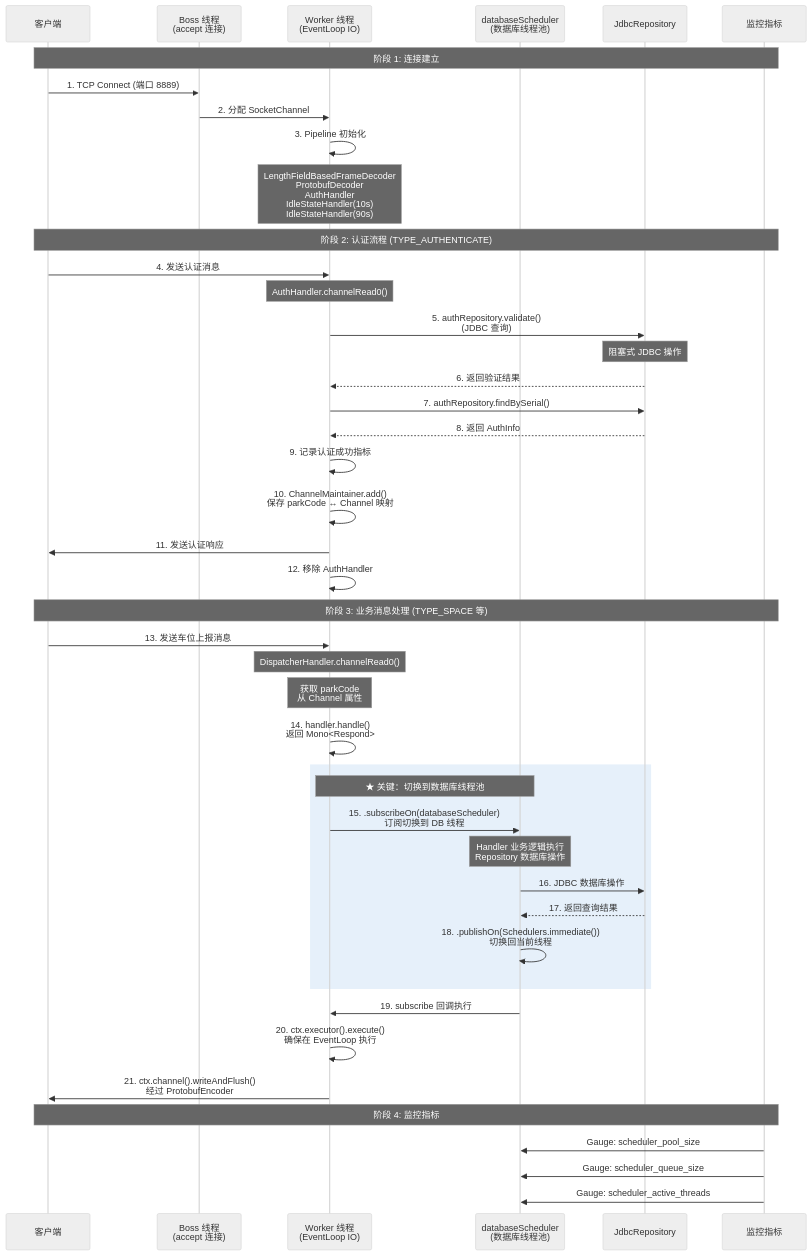
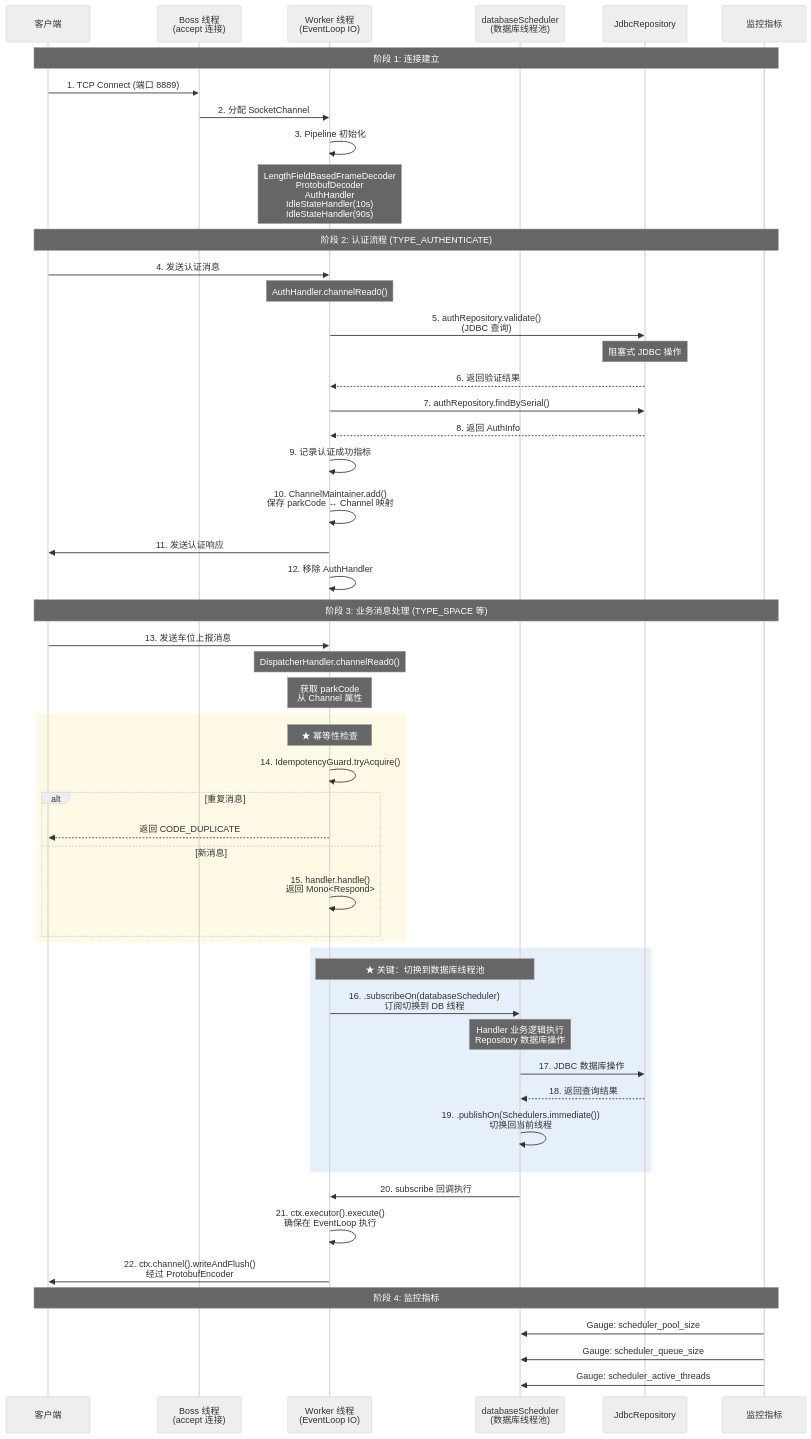
Before and after one commit to yys-jack/parking-netty-framework: the diagram in README.md, drawn with Mermaid (neutral theme). The commit also changed other lines of this file, not shown here.

Commit message:
docs: 更新 README 线程池架构章节
- 序列图添加幂等性检查流程
- 关键线程切换点添加幂等性检查
- 新增过载保护说明

````diff
--- a/README.md
+++ b/README.md
@@ -441,52 +453,60 @@
 ```mermaid
 sequenceDiagram
     participant Client as 客户端
     participant Boss as Boss 线程<br/>(accept 连接)
     participant Worker as Worker 线程<br/>(EventLoop IO)
     participant DB as databaseScheduler<br/>(数据库线程池)
     participant DBRepo as JdbcRepository
     participant Micrometer as 监控指标
 
     Note over Client,Micrometer: 阶段 1: 连接建立
     Client->>Boss: 1. TCP Connect (端口 8889)
     Boss->>Worker: 2. 分配 SocketChannel
     Worker->>Worker: 3. Pipeline 初始化
     Note over Worker: LengthFieldBasedFrameDecoder<br/>ProtobufDecoder<br/>AuthHandler<br/>IdleStateHandler(10s)<br/>IdleStateHandler(90s)
 
     Note over Client,Micrometer: 阶段 2: 认证流程 (TYPE_AUTHENTICATE)
     Client->>Worker: 4. 发送认证消息
     Note over Worker: AuthHandler.channelRead0()
     Worker->>DBRepo: 5. authRepository.validate()<br/>(JDBC 查询)
     Note over DBRepo: 阻塞式 JDBC 操作
     DBRepo-->>Worker: 6. 返回验证结果
     Worker->>DBRepo: 7. authRepository.findBySerial()
     DBRepo-->>Worker: 8. 返回 AuthInfo
     Worker->>Worker: 9. 记录认证成功指标
     Worker->>Worker: 10. ChannelMaintainer.add()<br/>保存 parkCode ↔ Channel 映射
     Worker->>Client: 11. 发送认证响应
     Worker->>Worker: 12. 移除 AuthHandler
 
     Note over Client,Micrometer: 阶段 3: 业务消息处理 (TYPE_SPACE 等)
     Client->>Worker: 13. 发送车位上报消息
     Note over Worker: DispatcherHandler.channelRead0()
     Note over Worker: 获取 parkCode<br/>从 Channel 属性
-    Worker->>Worker: 14. handler.handle()<br/>返回 Mono<Respond>
+    rect rgb(255, 250, 230)
+        Note over Worker: ★ 幂等性检查
+        Worker->>Worker: 14. IdempotencyGuard.tryAcquire()
+        alt 重复消息
+            Worker-->>Client: 返回 CODE_DUPLICATE
+        else 新消息
+            Worker->>Worker: 15. handler.handle()<br/>返回 Mono<Respond>
+        end
+    end
     
     rect rgb(230, 240, 250)
         Note over Worker,DB: ★ 关键：切换到数据库线程池
-        Worker->>DB: 15. .subscribeOn(databaseScheduler)<br/>订阅切换到 DB 线程
+        Worker->>DB: 16. .subscribeOn(databaseScheduler)<br/>订阅切换到 DB 线程
         Note over DB: Handler 业务逻辑执行<br/>Repository 数据库操作
-        DB->>DBRepo: 16. JDBC 数据库操作
-        DBRepo-->>DB: 17. 返回查询结果
-        DB->>DB: 18. .publishOn(Schedulers.immediate())<br/>切换回当前线程
+        DB->>DBRepo: 17. JDBC 数据库操作
+        DBRepo-->>DB: 18. 返回查询结果
+        DB->>DB: 19. .publishOn(Schedulers.immediate())<br/>切换回当前线程
     end
     
-    DB->>Worker: 19. subscribe 回调执行
-    Worker->>Worker: 20. ctx.executor().execute()<br/>确保在 EventLoop 执行
-    Worker->>Client: 21. ctx.channel().writeAndFlush()<br/>经过 ProtobufEncoder
+    DB->>Worker: 20. subscribe 回调执行
+    Worker->>Worker: 21. ctx.executor().execute()<br/>确保在 EventLoop 执行
+    Worker->>Client: 22. ctx.channel().writeAndFlush()<br/>经过 ProtobufEncoder
 
     Note over Client,Micrometer: 阶段 4: 监控指标
     Micrometer->>DB: Gauge: scheduler_pool_size
     Micrometer->>DB: Gauge: scheduler_queue_size
     Micrometer->>DB: Gauge: scheduler_active_threads
 ```
````
